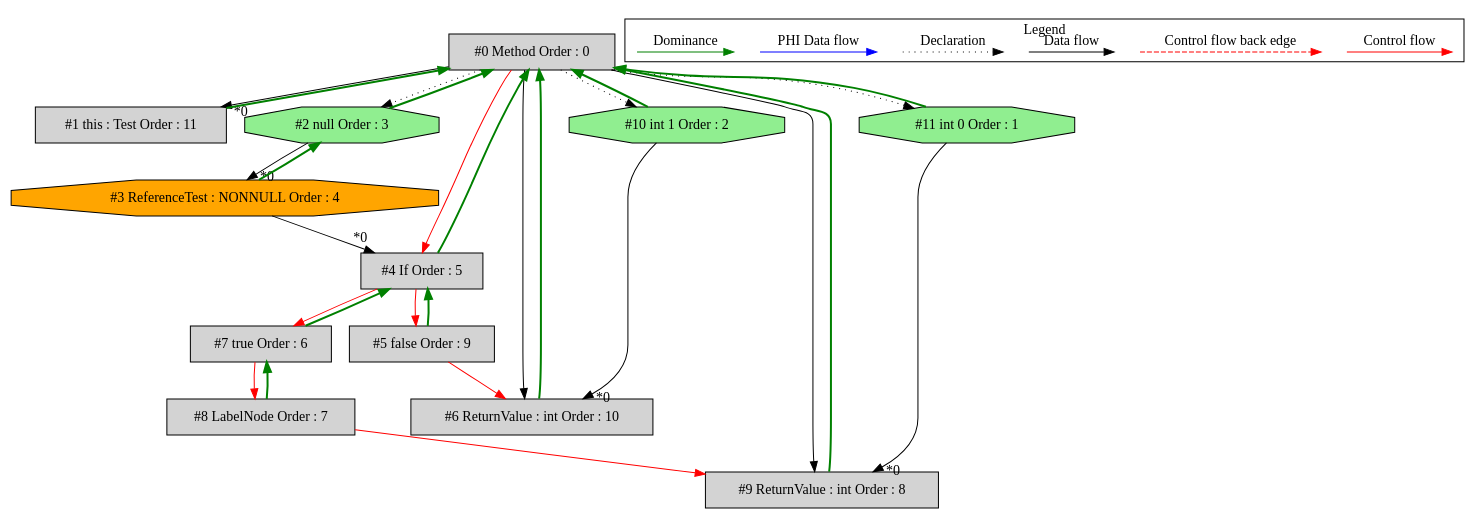
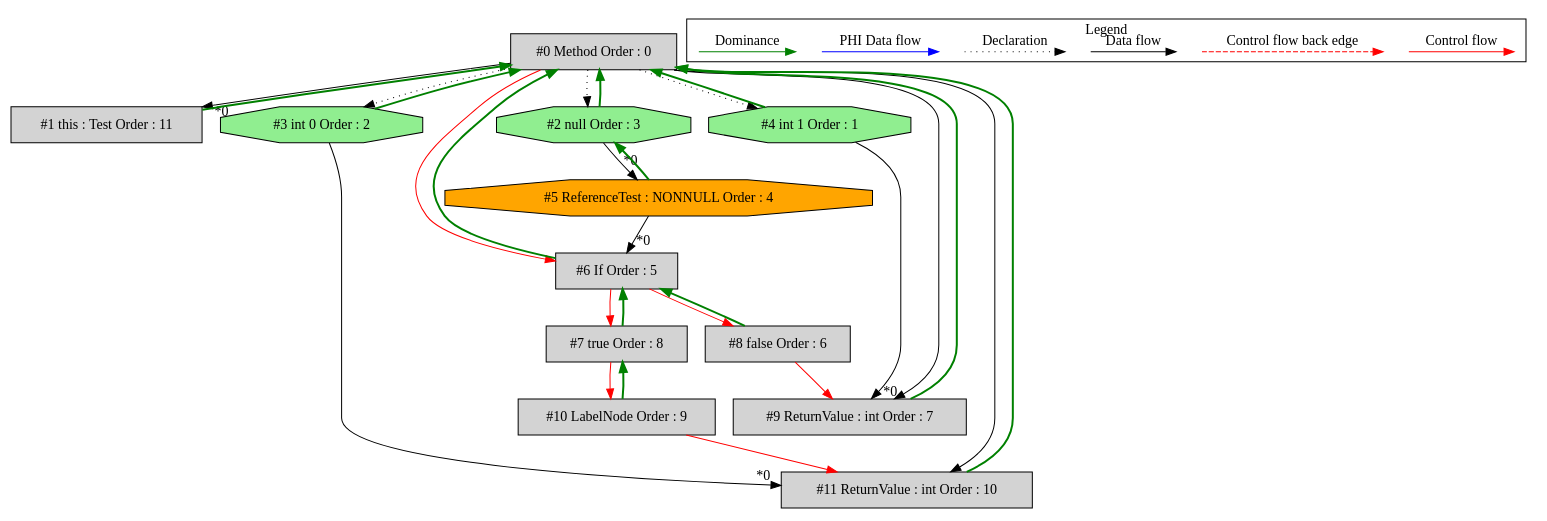
The diagram in de.mirkosertic.metair.ir.OpcodeIFNONNULLTest/test_IFNONNULL/ir_dominatortree.dot (mirkosertic/MetaIR), drawn with Graphviz before and after one commit. The commit also changed 1282 other files, not shown here.

```diff
--- a/de.mirkosertic.metair.ir.OpcodeIFNONNULLTest/test_IFNONNULL/ir_dominatortree.dot
+++ b/de.mirkosertic.metair.ir.OpcodeIFNONNULLTest/test_IFNONNULL/ir_dominatortree.dot
@@ -1,68 +1,68 @@
 digraph debugoutput {
  ordering="in";
  node0[label="#0 Method Order : 0",shape=box, fillcolor=lightgrey, style=filled];
  node1[label="#1 this : Test Order : 11",shape=box, fillcolor=lightgrey, style=filled];
  node1 -> node0[dir="forward" color="green" penwidth="2"];
  node0 -> node1[headlabel="*0", labeldistance=2];
  node2[label="#2 null Order : 3",shape=octagon, fillcolor=lightgreen, style=filled];
  node2 -> node0[dir="forward" color="green" penwidth="2"];
  node0 -> node2[style=dotted];
- node3[label="#3 ReferenceTest : NONNULL Order : 4",shape=octagon, fillcolor=orange, style=filled];
- node3 -> node2[dir="forward" color="green" penwidth="2"];
- node2 -> node3[headlabel="*0", labeldistance=2];
- node4[label="#4 If Order : 5",shape=box, fillcolor=lightgrey, style=filled];
+ node3[label="#3 int 0 Order : 2",shape=octagon, fillcolor=lightgreen, style=filled];
+ node3 -> node0[dir="forward" color="green" penwidth="2"];
+ node0 -> node3[style=dotted];
+ node4[label="#4 int 1 Order : 1",shape=octagon, fillcolor=lightgreen, style=filled];
  node4 -> node0[dir="forward" color="green" penwidth="2"];
- node3 -> node4[headlabel="*0", labeldistance=2];
- node0 -> node4[labeldistance=2, color=red, fontcolor=red];
- node5[label="#5 false Order : 9",shape=box, fillcolor=lightgrey, style=filled];
- node5 -> node4[dir="forward" color="green" penwidth="2"];
- node4 -> node5[labeldistance=2, color=red, fontcolor=red];
- node6[label="#6 ReturnValue : int Order : 10",shape=box, fillcolor=lightgrey, style=filled];
+ node0 -> node4[style=dotted];
+ node5[label="#5 ReferenceTest : NONNULL Order : 4",shape=octagon, fillcolor=orange, style=filled];
+ node5 -> node2[dir="forward" color="green" penwidth="2"];
+ node2 -> node5[headlabel="*0", labeldistance=2];
+ node6[label="#6 If Order : 5",shape=box, fillcolor=lightgrey, style=filled];
  node6 -> node0[dir="forward" color="green" penwidth="2"];
- node10 -> node6[headlabel="*0", labeldistance=2];
- node5 -> node6[labeldistance=2, color=red, fontcolor=red];
- node0 -> node6;
- node7[label="#7 true Order : 6",shape=box, fillcolor=lightgrey, style=filled];
- node7 -> node4[dir="forward" color="green" penwidth="2"];
- node4 -> node7[labeldistance=2, color=red, fontcolor=red];
- node8[label="#8 LabelNode Order : 7",shape=box, fillcolor=lightgrey, style=filled];
- node8 -> node7[dir="forward" color="green" penwidth="2"];
- node7 -> node8[labeldistance=2, color=red, fontcolor=red];
- node9[label="#9 ReturnValue : int Order : 8",shape=box, fillcolor=lightgrey, style=filled];
+ node5 -> node6[headlabel="*0", labeldistance=2];
+ node0 -> node6[labeldistance=2, color=red, fontcolor=red];
+ node7[label="#7 true Order : 8",shape=box, fillcolor=lightgrey, style=filled];
+ node7 -> node6[dir="forward" color="green" penwidth="2"];
+ node6 -> node7[labeldistance=2, color=red, fontcolor=red];
+ node8[label="#8 false Order : 6",shape=box, fillcolor=lightgrey, style=filled];
+ node8 -> node6[dir="forward" color="green" penwidth="2"];
+ node6 -> node8[labeldistance=2, color=red, fontcolor=red];
+ node9[label="#9 ReturnValue : int Order : 7",shape=box, fillcolor=lightgrey, style=filled];
  node9 -> node0[dir="forward" color="green" penwidth="2"];
- node11 -> node9[headlabel="*0", labeldistance=2];
+ node4 -> node9[headlabel="*0", labeldistance=2];
  node8 -> node9[labeldistance=2, color=red, fontcolor=red];
  node0 -> node9;
- node10[label="#10 int 1 Order : 2",shape=octagon, fillcolor=lightgreen, style=filled];
- node10 -> node0[dir="forward" color="green" penwidth="2"];
- node0 -> node10[style=dotted];
- node11[label="#11 int 0 Order : 1",shape=octagon, fillcolor=lightgreen, style=filled];
+ node10[label="#10 LabelNode Order : 9",shape=box, fillcolor=lightgrey, style=filled];
+ node10 -> node7[dir="forward" color="green" penwidth="2"];
+ node7 -> node10[labeldistance=2, color=red, fontcolor=red];
+ node11[label="#11 ReturnValue : int Order : 10",shape=box, fillcolor=lightgrey, style=filled];
  node11 -> node0[dir="forward" color="green" penwidth="2"];
- node0 -> node11[style=dotted];
+ node3 -> node11[headlabel="*0", labeldistance=2];
+ node10 -> node11[labeldistance=2, color=red, fontcolor=red];
+ node0 -> node11;
  subgraph cluster_000 {
   label = "Legend";
   node [shape=point]
   {
    rank=same;
    c0 [style = invis];
    c1 [style = invis];
    c2 [style = invis];
    c3 [style = invis];
    d0 [style = invis];
    d1 [style = invis];
    d2 [style = invis];
    d3 [style = invis];
    d4 [style = invis];
    d5 [style = invis];
    d6 [style = invis];
    d7 [style = invis];
   }
   c0 -> c1 [label="Control flow", style=solid, color=red]
   c2 -> c3 [label="Control flow back edge", style=dashed, color=red]
   d0 -> d1 [label="Data flow"]
   d2 -> d3 [label="Declaration", style=dotted]
   d4 -> d5 [label="PHI Data flow", color=blue]
   d6 -> d7 [label="Dominance", color=green]
  }
 
 }
```
